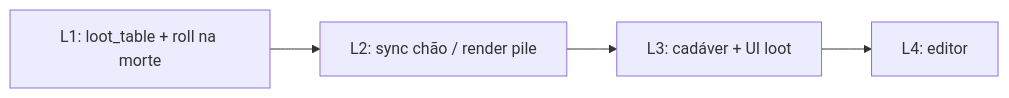
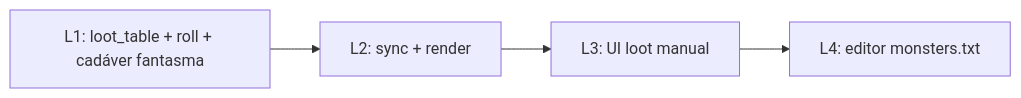
The diagram in docs/pendencias.md (xiximitho/CppGame), drawn with Mermaid before and after one commit. The commit also changed other lines of this file and 2 other files, not shown here.

First line of the commit message:
docs: fecha desenho de loot (cadáver fantasma, monsters.txt)

````diff
--- a/docs/pendencias.md
+++ b/docs/pendencias.md
@@ -166,10 +153,10 @@
 ```mermaid
 flowchart LR
-  L1[L1: loot_table + roll na morte]
-  L2[L2: sync chão / render pile]
-  L3[L3: cadáver + UI loot]
-  L4[L4: editor]
+  L1[L1: loot_table + roll + cadáver fantasma]
+  L2[L2: sync + render]
+  L3[L3: UI loot manual]
+  L4[L4: editor monsters.txt]
   L1 --> L2
   L2 --> L3
   L3 --> L4
 ```
````
